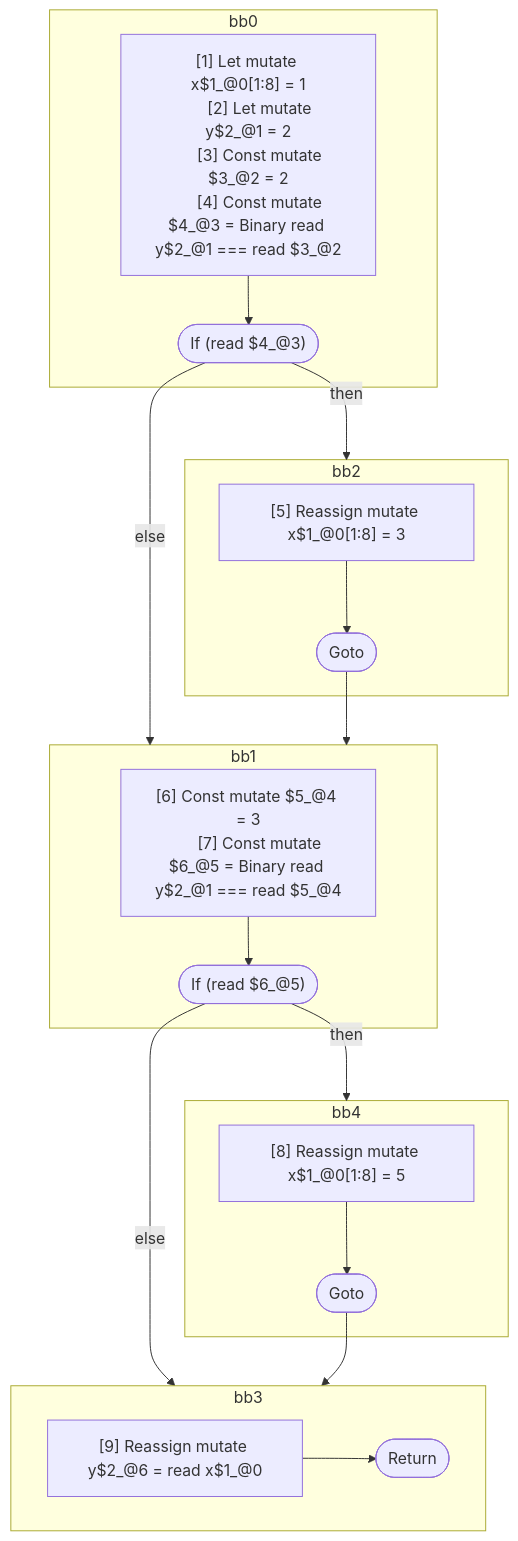
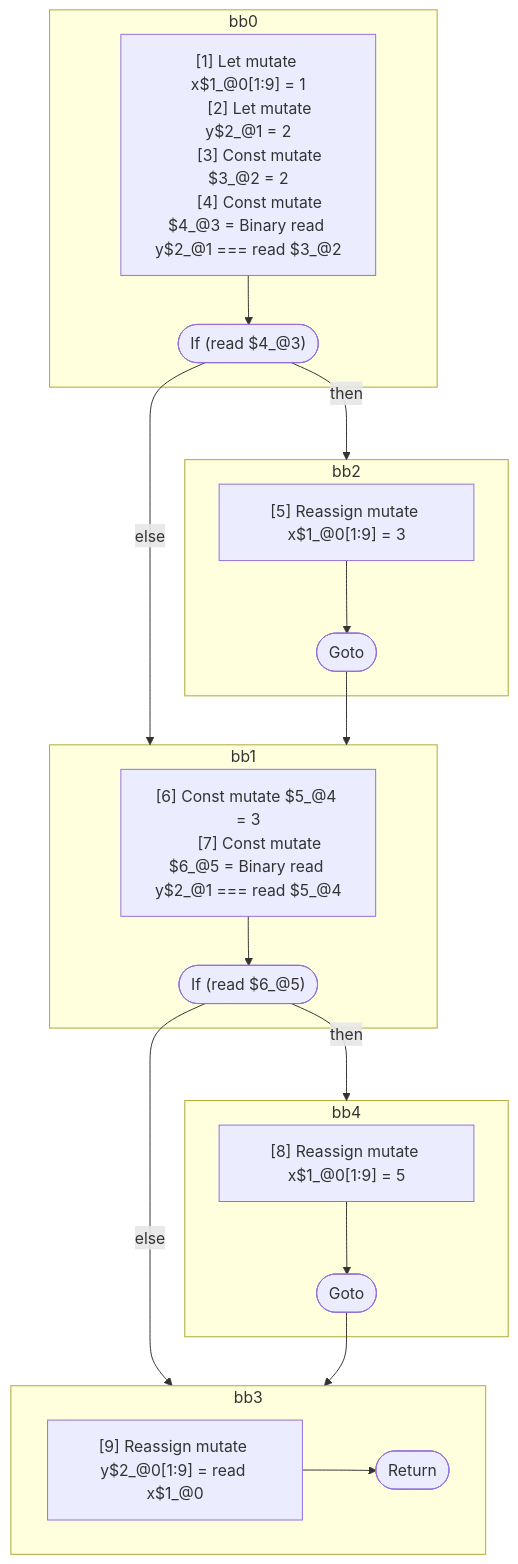
One commit to wutsmog/private changed the diagram in compiler/forget/src/__tests__/fixtures/hir/ssa-complex-multiple-if.expect.md. Above: the diagram before and after it, drawn with Mermaid. The commit also changed other lines of this file and 13 other files, not shown here.

````diff
--- a/compiler/forget/src/__tests__/fixtures/hir/ssa-complex-multiple-if.expect.md
+++ b/compiler/forget/src/__tests__/fixtures/hir/ssa-complex-multiple-if.expect.md
@@ -50,47 +50,47 @@
 ```mermaid
 flowchart TB
   %% Basic Blocks
   subgraph bb0
     bb0_instrs["
-      [1] Let mutate x$1_@0[1:8] = 1
+      [1] Let mutate x$1_@0[1:9] = 1
       [2] Let mutate y$2_@1 = 2
       [3] Const mutate $3_@2 = 2
       [4] Const mutate $4_@3 = Binary read y$2_@1 === read $3_@2
     "]
     bb0_instrs --> bb0_terminal(["If (read $4_@3)"])
   end
   subgraph bb2
     bb2_instrs["
-      [5] Reassign mutate x$1_@0[1:8] = 3
+      [5] Reassign mutate x$1_@0[1:9] = 3
     "]
     bb2_instrs --> bb2_terminal(["Goto"])
   end
   subgraph bb1
     bb1_instrs["
       [6] Const mutate $5_@4 = 3
       [7] Const mutate $6_@5 = Binary read y$2_@1 === read $5_@4
     "]
     bb1_instrs --> bb1_terminal(["If (read $6_@5)"])
   end
   subgraph bb4
     bb4_instrs["
-      [8] Reassign mutate x$1_@0[1:8] = 5
+      [8] Reassign mutate x$1_@0[1:9] = 5
     "]
     bb4_instrs --> bb4_terminal(["Goto"])
   end
   subgraph bb3
     bb3_instrs["
-      [9] Reassign mutate y$2_@6 = read x$1_@0
+      [9] Reassign mutate y$2_@0[1:9] = read x$1_@0
     "]
     bb3_instrs --> bb3_terminal(["Return"])
   end
 
   %% Jumps
   bb0_terminal -- "then" --> bb2
   bb0_terminal -- "else" --> bb1
   bb2_terminal --> bb1
   bb1_terminal -- "then" --> bb4
   bb1_terminal -- "else" --> bb3
   bb4_terminal --> bb3
 
 ```
````
